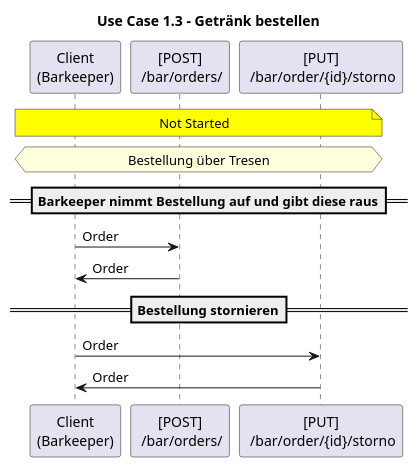
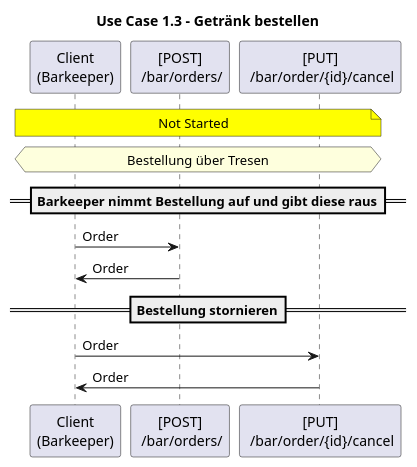
The fifth of 7 diagrams in docs/api-sequence-diagram/UseCase/Use-Case_1.puml (Mankianer/TresenSystem), drawn with PlantUML before and after one commit. The commit also changed 8 other files, not shown here.

```diff
--- a/docs/api-sequence-diagram/UseCase/Use-Case_1.puml
+++ b/docs/api-sequence-diagram/UseCase/Use-Case_1.puml
@@ -42,15 +42,15 @@
 @startuml
 title Use Case 1.3 - Getränk bestellen
 note across #yellow: Not Started
 
 hnote across: Bestellung über Tresen
 
 ==Barkeeper nimmt Bestellung auf und gibt diese raus==
 "Client\n(Barkeeper)" -> "[POST]\n /bar/orders/": Order
 "Client\n(Barkeeper)" <- "[POST]\n /bar/orders/": Order
 
 ==Bestellung stornieren==
-"Client\n(Barkeeper)" -> "[PUT]\n /bar/order/{id}/storno": Order
-"Client\n(Barkeeper)" <- "[PUT]\n /bar/order/{id}/storno": Order
+"Client\n(Barkeeper)" -> "[PUT]\n /bar/order/{id}/cancel": Order
+"Client\n(Barkeeper)" <- "[PUT]\n /bar/order/{id}/cancel": Order
 
 @enduml
```
